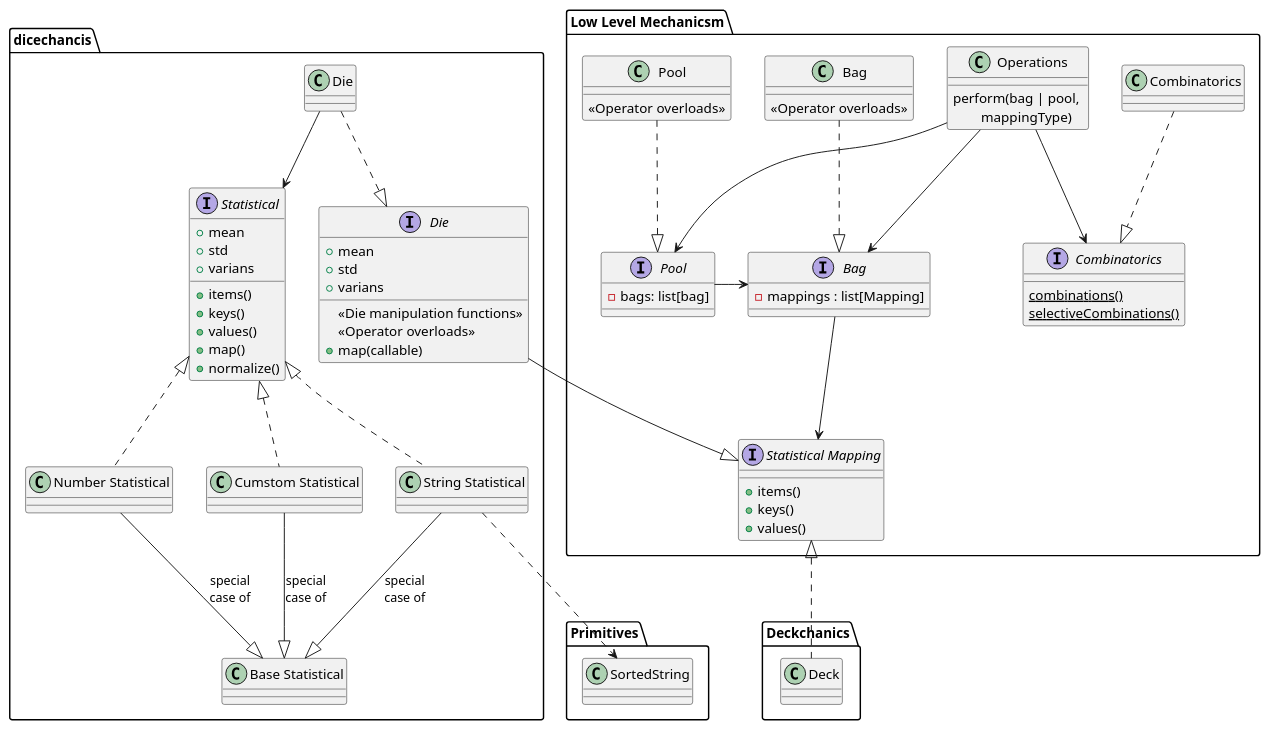
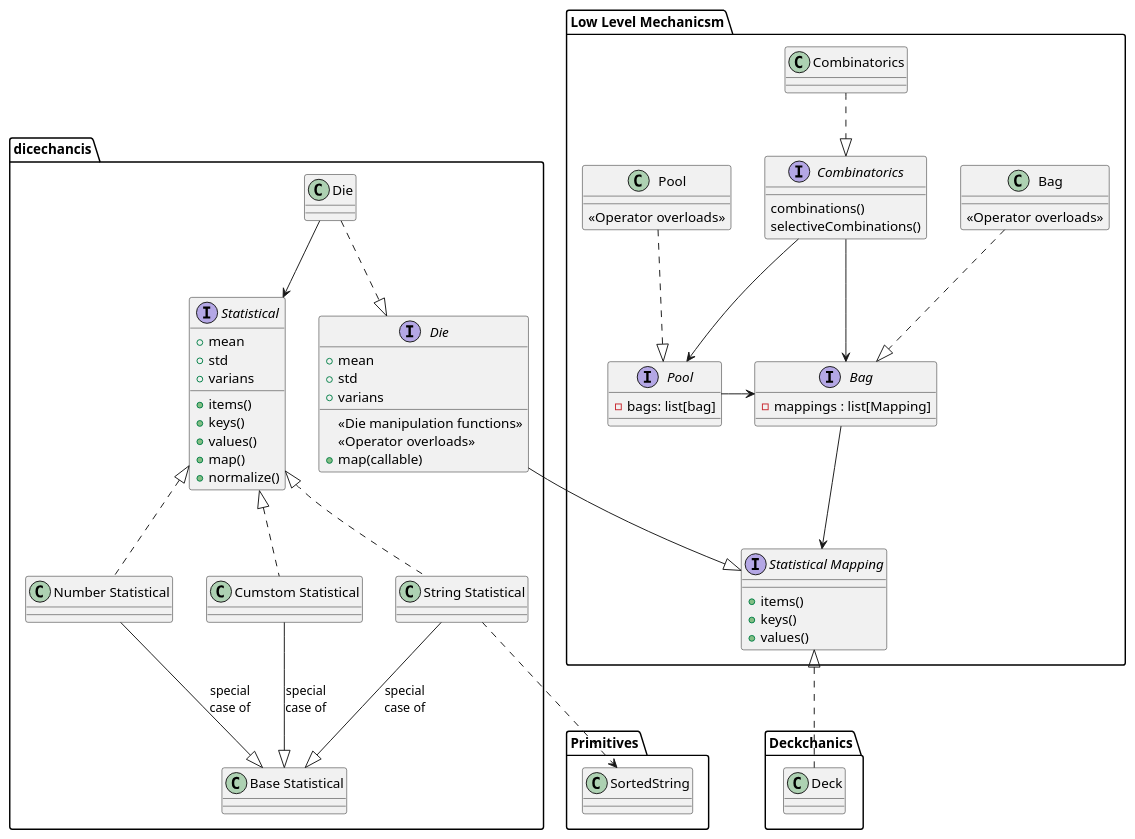
The diagram in docs/system.puml (daplhall/dicechanics), drawn with PlantUML before and after one commit. The commit also changed 2 other files, not shown here.

Commit message:
updaded model and refactored bag

```diff
--- a/docs/system.puml
+++ b/docs/system.puml
@@ -1,92 +1,86 @@
 @startuml System
 top to bottom direction
 package "Low Level Mechanicsm"{
     class Pool{
         {method}<<Operator overloads>>
     }
     interface "Pool" as pool {
         - bags: list[bag]
     }
     class Bag{
         {method}<<Operator overloads>>
     }
     interface "Bag" as bag{
         - mappings : list[Mapping]
     }
     interface "Statistical Mapping" as mapping{
         + items()
         + keys()
         + values()
     }
     Interface Combinatorics{
-        {static} combinations()
-        {static} selectiveCombinations()
+        combinations()
+        selectiveCombinations()
     }
     class "Combinatorics" as combclass{
-    }
-    class Operations{
-        perform(bag | pool, \n\tmappingType) 
-
     }
 }
 
 
 
 package "dicechancis" {
     class Die{
     }
     class "Number Statistical" as numstat
     class "String Statistical" as strstat
     class "Cumstom Statistical" as customstat
     class "Base Statistical" as basestat
     interface Statistical{
         + items()
         + keys()
         + values()
         + map()
         + normalize()
         + mean
         + std
         + varians
     }
     interface "Die" as die{
         {method}<<Die manipulation functions>>
         {method}<<Operator overloads>>
         +map(callable)
         + mean
         + std
         + varians
     }
 }
 package "Primitives"{
     class SortedString
 }
 
 package "Deckchanics"{
     class Deck
 }
 
-
-Operations -down-> Combinatorics
-Operations -down-> pool
-Operations -down-> bag
+Combinatorics --> pool
+Combinatorics --> bag
 combclass ..|> Combinatorics
 Pool ..|> pool
 pool -> bag
 Bag ..|> bag
 bag --> mapping
 
 Deck .up.|> mapping
 'diechanics
 Die ..|> die
 Die --> Statistical 
 die --|> mapping
 numstat .up.|> Statistical
 strstat .up.|> Statistical
 customstat .up.|> Statistical
 numstat -down-|> basestat: special\ncase of 
 strstat -down-|> basestat: special\ncase of
 customstat -down-|> basestat :special\ncase of
 strstat ..> SortedString
 
 @enduml
```
